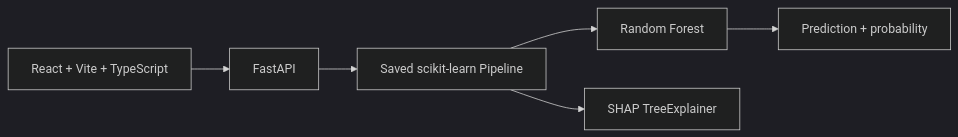
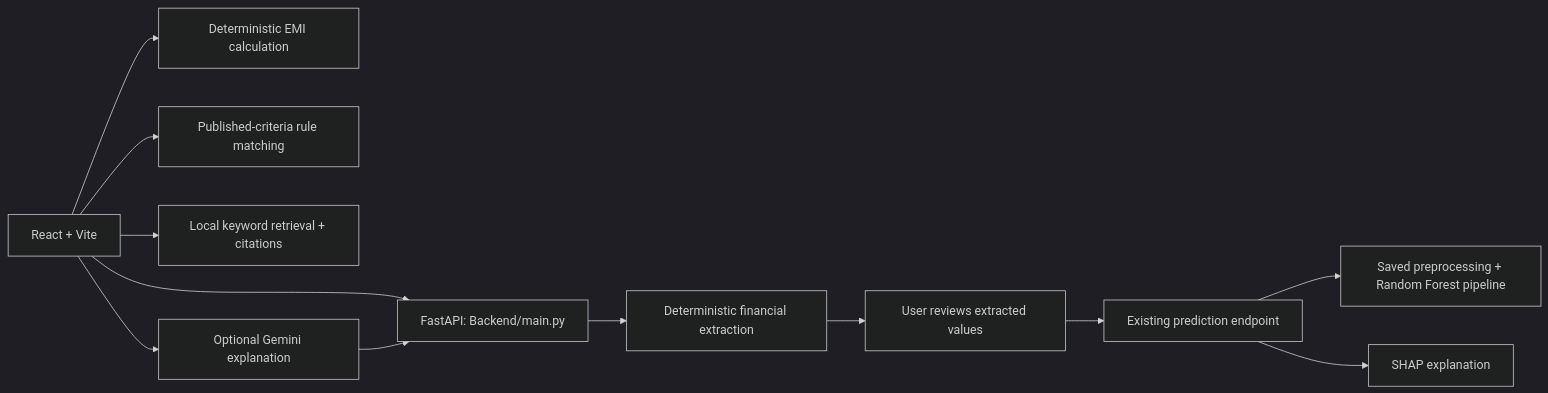
The diagram in README.md (Rupee12/TrustLoan-AI), drawn with Mermaid (dark theme) before and after one commit. The commit also changed other lines of this file and 23 other files, not shown here.

````diff
--- a/README.md
+++ b/README.md
@@ -7,8 +7,14 @@
 ```mermaid
 flowchart LR
-  UI[React + Vite + TypeScript] --> API[FastAPI]
-  API --> PIPE[Saved scikit-learn Pipeline]
-  PIPE --> RF[Random Forest]
-  RF --> PRED[Prediction + probability]
-  PIPE --> SHAP[SHAP TreeExplainer]
+  UI[React + Vite] --> API[FastAPI: Backend/main.py]
+  API --> NLP[Deterministic financial extraction]
+  NLP --> Confirm[User reviews extracted values]
+  Confirm --> Predict[Existing prediction endpoint]
+  Predict --> Pipeline[Saved preprocessing + Random Forest pipeline]
+  Predict --> SHAP[SHAP explanation]
+  UI --> EMI[Deterministic EMI calculation]
+  UI --> Lenders[Published-criteria rule matching]
+  UI --> RAG[Local keyword retrieval + citations]
+  UI --> Advisor[Optional Gemini explanation]
+  Advisor --> API
 ```
````
